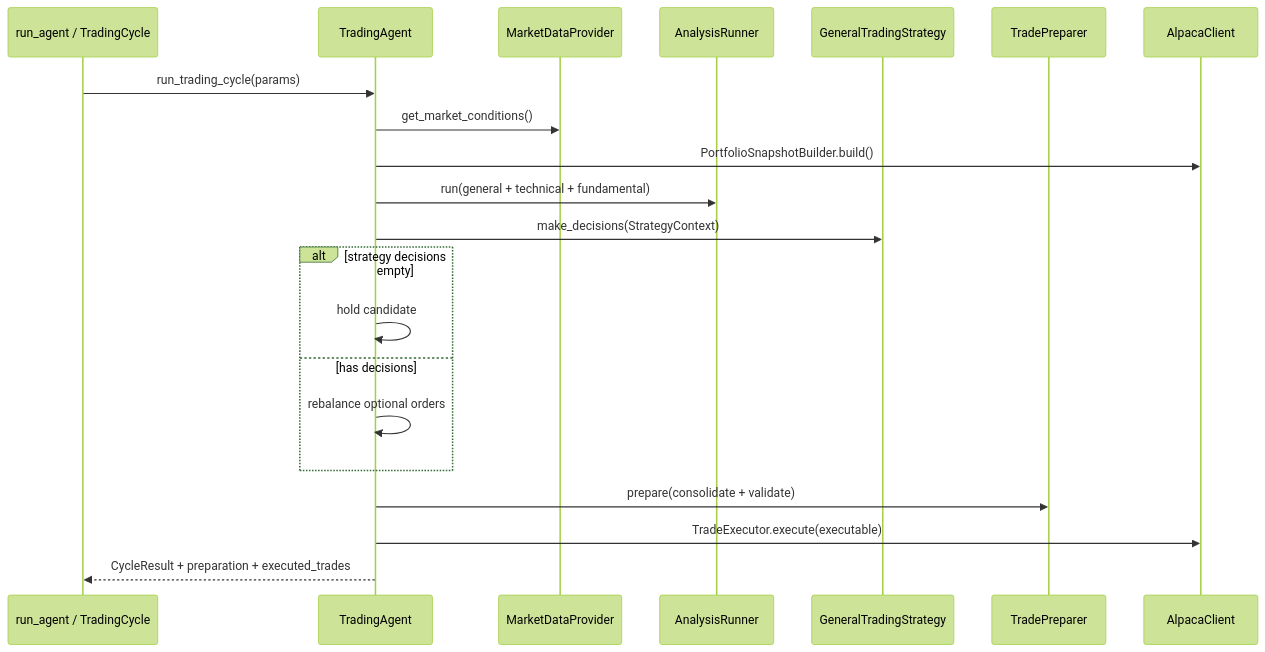
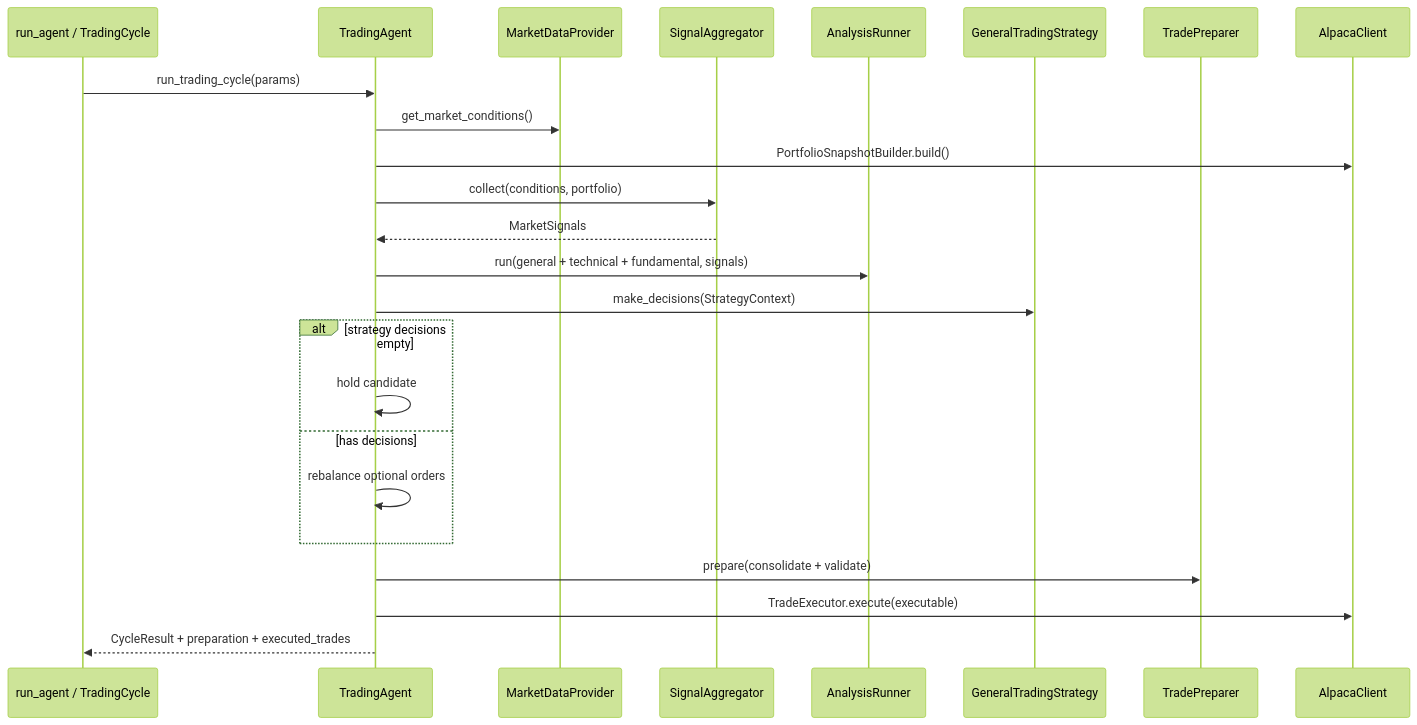
The diagram in docs/agents/trading-cycle.md (yetigong/trading-agent), drawn with Mermaid (forest theme) before and after one commit. The commit also changed 55 other files, not shown here.

First line of the commit message:
Add Phase 2 market signals, JSON data store, and FMP file cache.

````diff
--- a/docs/agents/trading-cycle.md
+++ b/docs/agents/trading-cycle.md
@@ -15,24 +15,27 @@
 ```mermaid
 sequenceDiagram
     participant RA as run_agent / TradingCycle
     participant TA as TradingAgent
     participant MD as MarketDataProvider
+    participant SA as SignalAggregator
     participant AR as AnalysisRunner
     participant STR as GeneralTradingStrategy
     participant PRE as TradePreparer
     participant BRK as AlpacaClient
 
     RA->>TA: run_trading_cycle(params)
     TA->>MD: get_market_conditions()
     TA->>BRK: PortfolioSnapshotBuilder.build()
-    TA->>AR: run(general + technical + fundamental)
+    TA->>SA: collect(conditions, portfolio)
+    SA-->>TA: MarketSignals
+    TA->>AR: run(general + technical + fundamental, signals)
     TA->>STR: make_decisions(StrategyContext)
     alt strategy decisions empty
         TA->>TA: hold candidate
     else has decisions
         TA->>TA: rebalance optional orders
     end
     TA->>PRE: prepare(consolidate + validate)
     TA->>BRK: TradeExecutor.execute(executable)
     TA-->>RA: CycleResult + preparation + executed_trades
 ```
````
